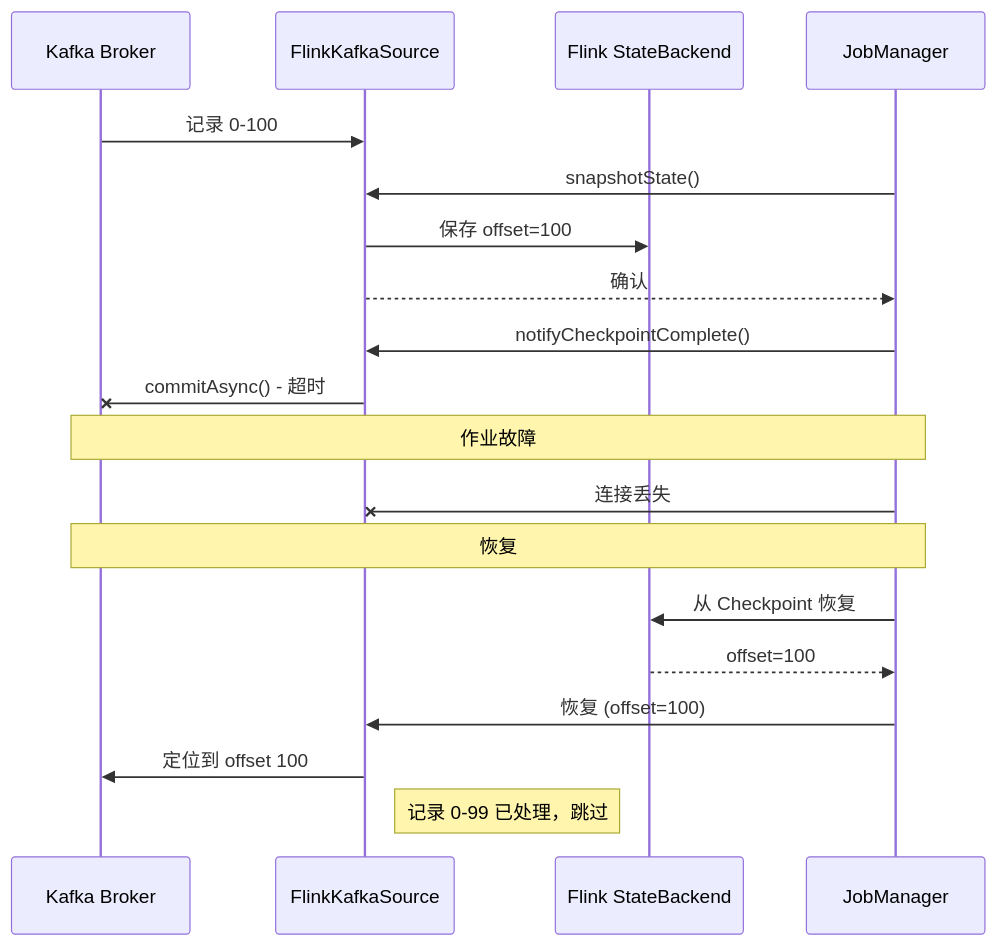
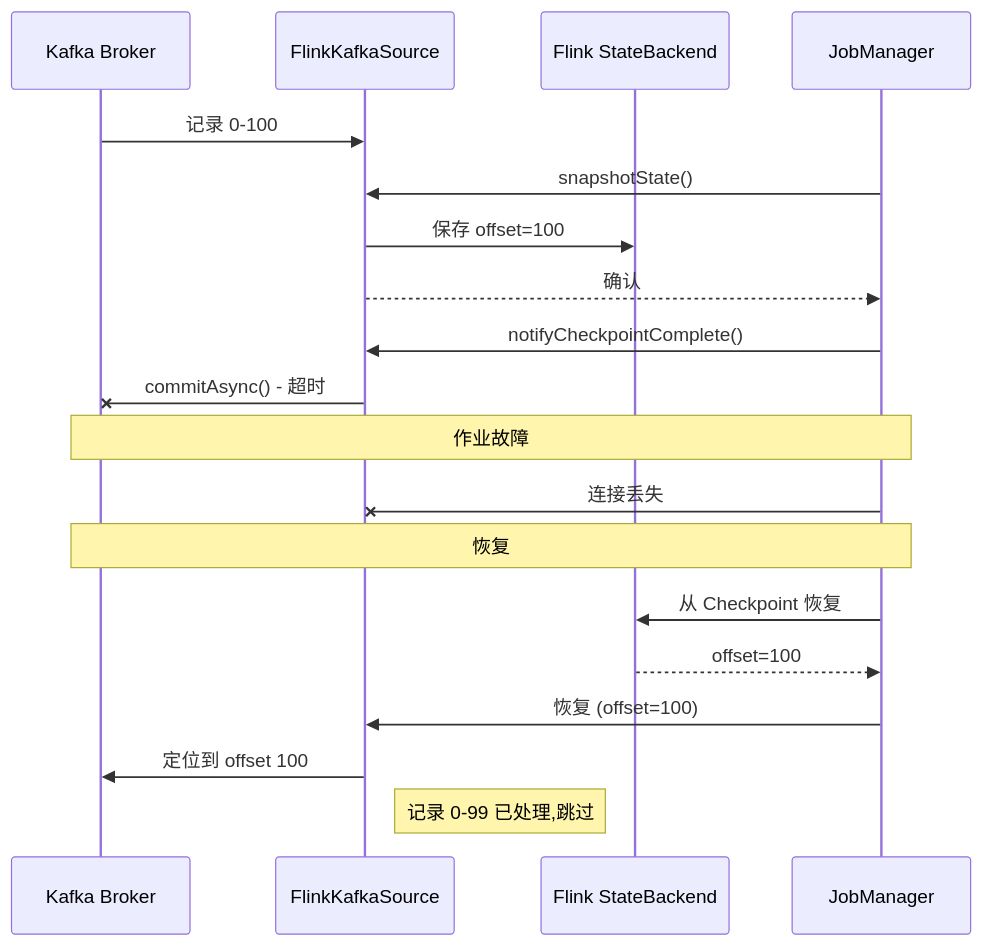
Before and after one commit to AdaMartin18010/AnalysisDataFlow: the fifth of 8 diagrams in Flink/02-core/exactly-once-end-to-end.md, drawn with Mermaid. The commit also changed other lines of this file and 634 other files, not shown here.

````diff
--- a/Flink/02-core/exactly-once-end-to-end.md
+++ b/Flink/02-core/exactly-once-end-to-end.md
@@ -478,22 +478,22 @@
 ```mermaid
 sequenceDiagram
     participant Kafka as Kafka Broker
     participant Source as FlinkKafkaSource
     participant State as Flink StateBackend
     participant JM as JobManager
 
     Kafka->>Source: 记录 0-100
     JM->>Source: snapshotState()
     Source->>State: 保存 offset=100
     Source-->>JM: 确认
     JM->>Source: notifyCheckpointComplete()
     Source-xKafka: commitAsync() - 超时
     Note over Kafka,JM: 作业故障
     JM-xSource: 连接丢失
     Note over Kafka,JM: 恢复
     JM->>State: 从 Checkpoint 恢复
     State-->>JM: offset=100
     JM->>Source: 恢复 (offset=100)
     Source->>Kafka: 定位到 offset 100
-    Note right of Source: 记录 0-99 已处理，跳过
+    Note right of Source: 记录 0-99 已处理,跳过
 ```
````
